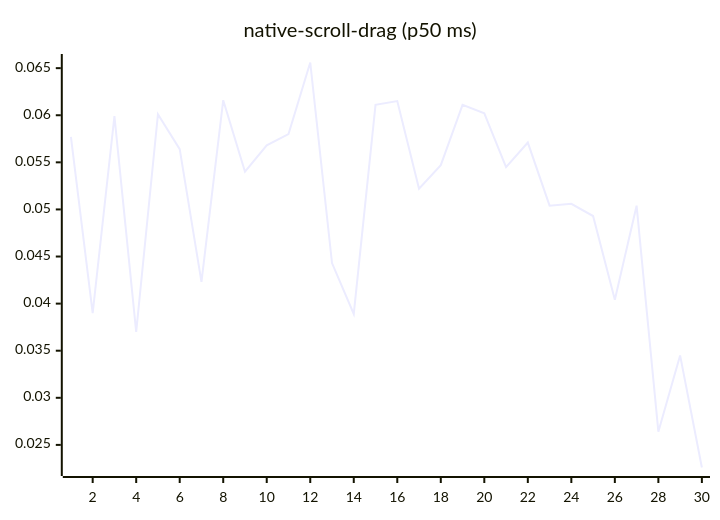
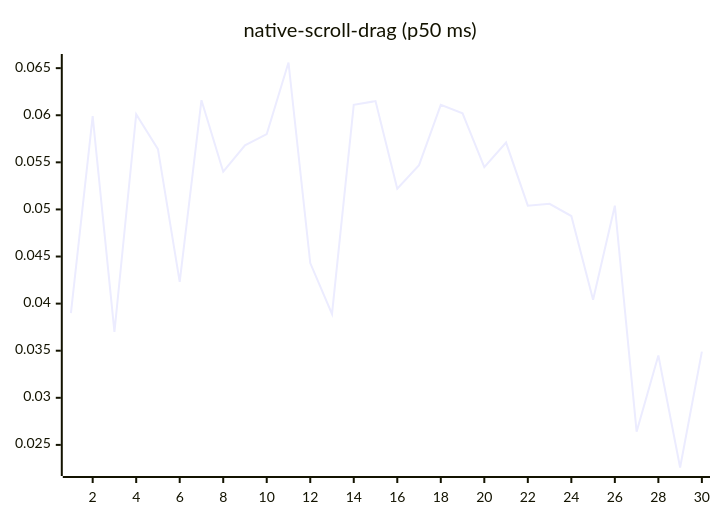
Before and after one commit to josha/Facet: diagram 14 of 27 in README.md, drawn with Mermaid. The commit also changed other lines of this file and 2 other files, not shown here.

````diff
--- a/README.md
+++ b/README.md
@@ -154,6 +154,6 @@
 ```mermaid
 xychart-beta
     title "native-scroll-drag (p50 ms)"
     x-axis 1 --> 30
-    line [0.0577, 0.0390, 0.0599, 0.0370, 0.0601, 0.0564, 0.0423, 0.0616, 0.0540, 0.0568, 0.0580, 0.0656, 0.0443, 0.0389, 0.0611, 0.0615, 0.0522, 0.0547, 0.0611, 0.0602, 0.0545, 0.0571, 0.0504, 0.0506, 0.0493, 0.0404, 0.0504, 0.0264, 0.0345, 0.0226]
+    line [0.0390, 0.0599, 0.0370, 0.0601, 0.0564, 0.0423, 0.0616, 0.0540, 0.0568, 0.0580, 0.0656, 0.0443, 0.0389, 0.0611, 0.0615, 0.0522, 0.0547, 0.0611, 0.0602, 0.0545, 0.0571, 0.0504, 0.0506, 0.0493, 0.0404, 0.0504, 0.0264, 0.0345, 0.0226, 0.0349]
 ```
````
